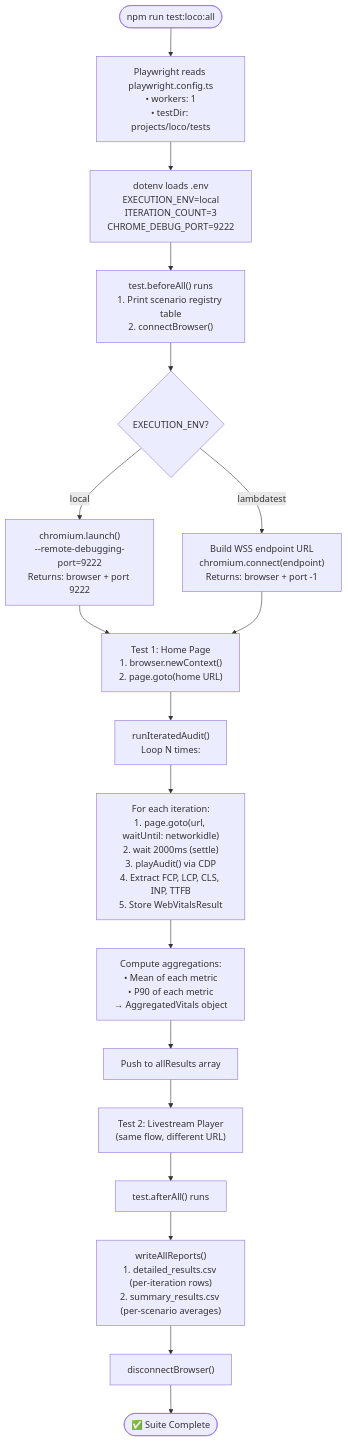
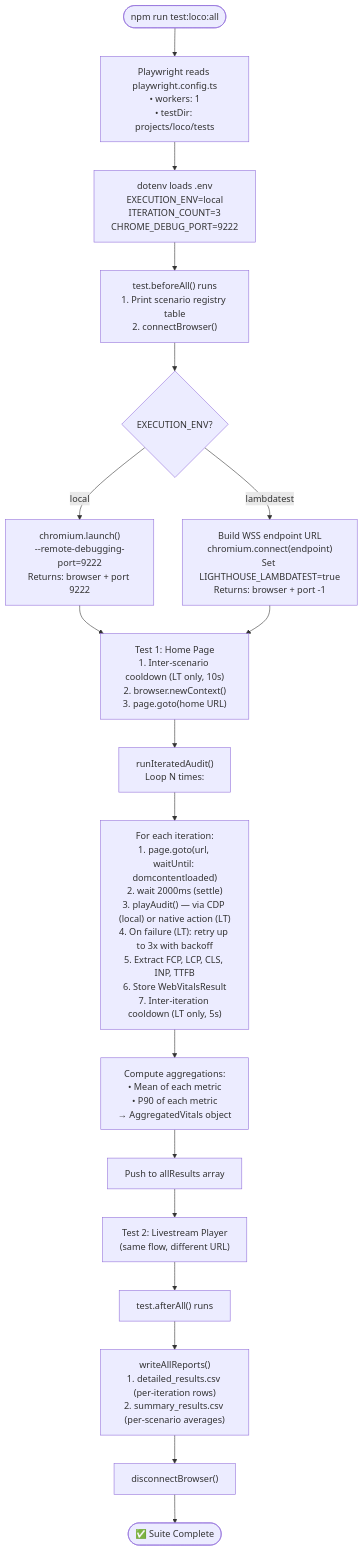
The fourth of 5 diagrams in README.md (getloconow/Loco_Performance_Automation), drawn with Mermaid before and after one commit. The commit also changed other lines of this file and 4 other files, not shown here.

Commit message:
Added LambdaTest integration and retry mechanism

````diff
--- a/README.md
+++ b/README.md
@@ -242,37 +255,37 @@
 ```mermaid
 flowchart TD
     START(["npm run test:loco:all"]) --> PW["Playwright reads playwright.config.ts<br/>• workers: 1<br/>• testDir: projects/loco/tests"]
 
     PW --> ENV["dotenv loads .env<br/>EXECUTION_ENV=local<br/>ITERATION_COUNT=3<br/>CHROME_DEBUG_PORT=9222"]
 
     ENV --> BA["test.beforeAll() runs<br/>1. Print scenario registry table<br/>2. connectBrowser()"]
 
     BA --> LAUNCH{"EXECUTION_ENV?"}
 
     LAUNCH -->|local| LOCAL["chromium.launch()<br/>--remote-debugging-port=9222<br/>Returns: browser + port 9222"]
 
-    LAUNCH -->|lambdatest| CLOUD["Build WSS endpoint URL<br/>chromium.connect(endpoint)<br/>Returns: browser + port -1"]
+    LAUNCH -->|lambdatest| CLOUD["Build WSS endpoint URL<br/>chromium.connect(endpoint)<br/>Set LIGHTHOUSE_LAMBDATEST=true<br/>Returns: browser + port -1"]
 
     LOCAL --> T1
     CLOUD --> T1
 
-    T1["Test 1: Home Page<br/>1. browser.newContext()<br/>2. page.goto(home URL)"]
+    T1["Test 1: Home Page<br/>1. Inter-scenario cooldown (LT only, 10s)<br/>2. browser.newContext()<br/>3. page.goto(home URL)"]
 
     T1 --> ITER["runIteratedAudit()<br/>Loop N times:"]
 
-    ITER --> LOOP["For each iteration:<br/>1. page.goto(url, waitUntil: networkidle)<br/>2. wait 2000ms (settle)<br/>3. playAudit() via CDP<br/>4. Extract FCP, LCP, CLS, INP, TTFB<br/>5. Store WebVitalsResult"]
+    ITER --> LOOP["For each iteration:<br/>1. page.goto(url, waitUntil: domcontentloaded)<br/>2. wait 2000ms (settle)<br/>3. playAudit() — via CDP (local) or native action (LT)<br/>4. On failure (LT): retry up to 3x with backoff<br/>5. Extract FCP, LCP, CLS, INP, TTFB<br/>6. Store WebVitalsResult<br/>7. Inter-iteration cooldown (LT only, 5s)"]
 
     LOOP --> AGG["Compute aggregations:<br/>• Mean of each metric<br/>• P90 of each metric<br/>→ AggregatedVitals object"]
 
     AGG --> PUSH["Push to allResults array"]
 
     PUSH --> T2["Test 2: Livestream Player<br/>(same flow, different URL)"]
 
     T2 --> AA["test.afterAll() runs"]
 
     AA --> CSV["writeAllReports()<br/>1. detailed_results.csv (per-iteration rows)<br/>2. summary_results.csv (per-scenario averages)"]
 
     CSV --> DC["disconnectBrowser()"]
 
     DC --> DONE(["✅ Suite Complete"])
 ```
````
